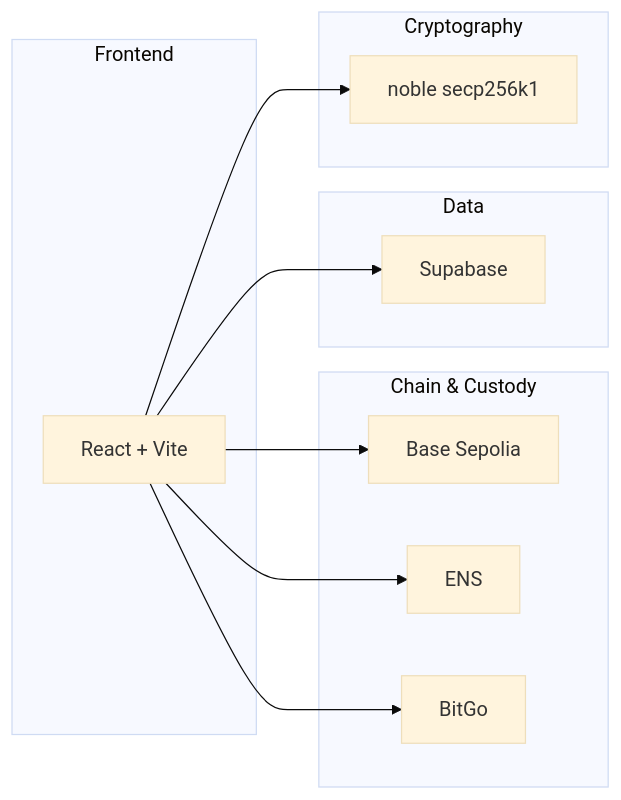
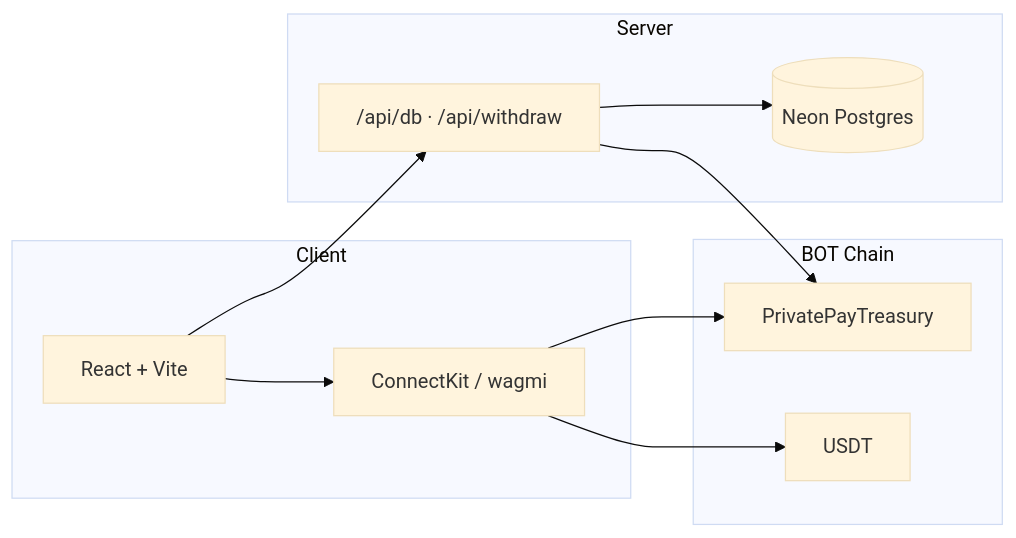
One commit to AmaanSayyad/Privatepay-B changed the second of 2 diagrams in README.md. Above: the diagram before and after it, drawn with Mermaid (base theme). The commit also changed other lines of this file, not shown here.

First line of the commit message:
docs: rewrite README for BOT Chain only

````diff
--- a/README.md
+++ b/README.md
@@ -131,23 +75,22 @@
 ```mermaid
 flowchart LR
-  subgraph Frontend["Frontend"]
+  subgraph Client["Client"]
     React["React + Vite"]
+    Wagmi["ConnectKit / wagmi"]
   end
-  subgraph Chain["Chain & Custody"]
-    Base[Base Sepolia]
-    ENS[ENS]
-    BitGo[BitGo]
+  subgraph Chain["BOT Chain"]
+    Treasury["PrivatePayTreasury"]
+    USDT["USDT"]
   end
-  subgraph Data["Data"]
-    Supabase[Supabase]
-  end
-  subgraph Crypto["Cryptography"]
-    Noble["noble secp256k1"]
+  subgraph Server["Server"]
+    API["/api/db · /api/withdraw"]
+    Neon[(Neon Postgres)]
   end
 
-  React --> Base
-  React --> Supabase
-  React --> Noble
-  React --> ENS
-  React --> BitGo
+  React --> Wagmi
+  Wagmi --> Treasury
+  Wagmi --> USDT
+  React --> API
+  API --> Neon
+  API --> Treasury
 ```
````
